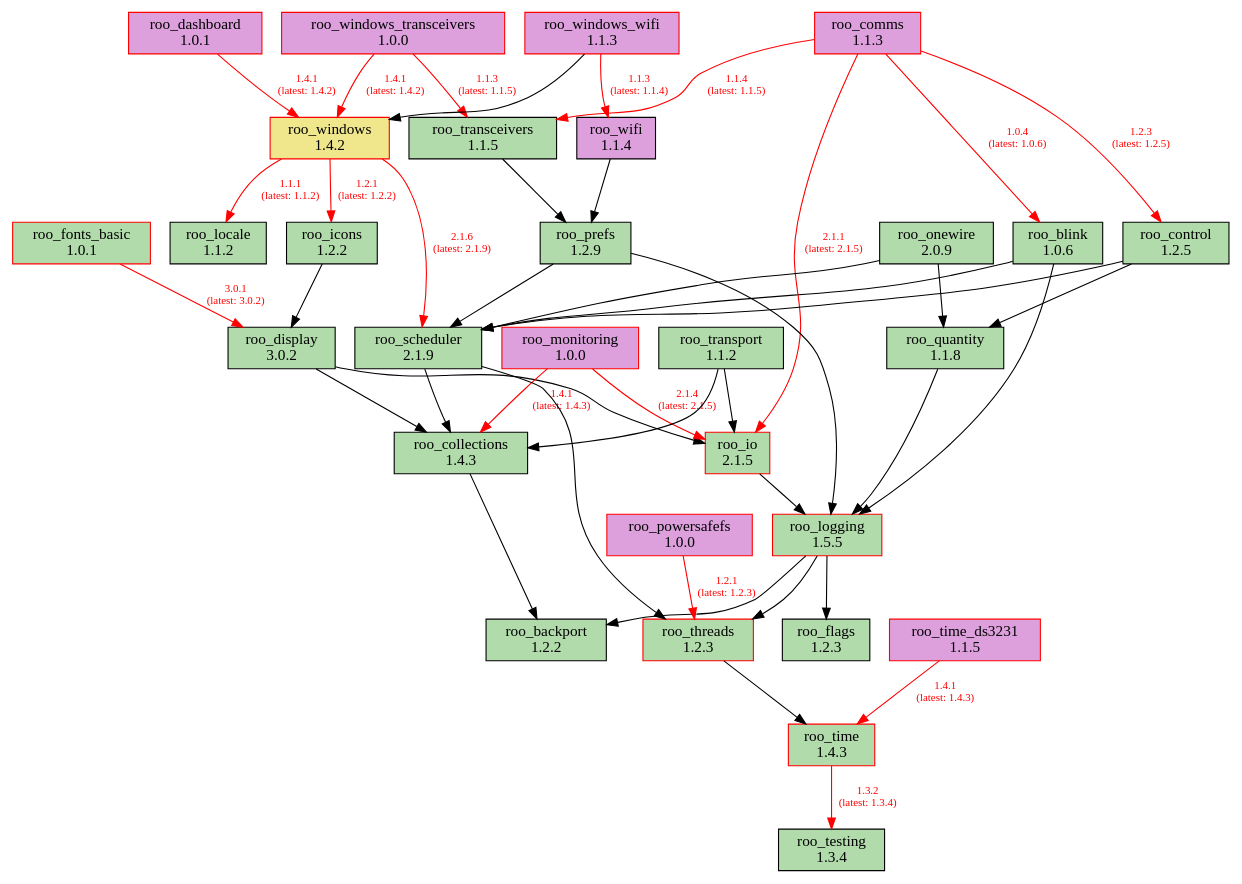
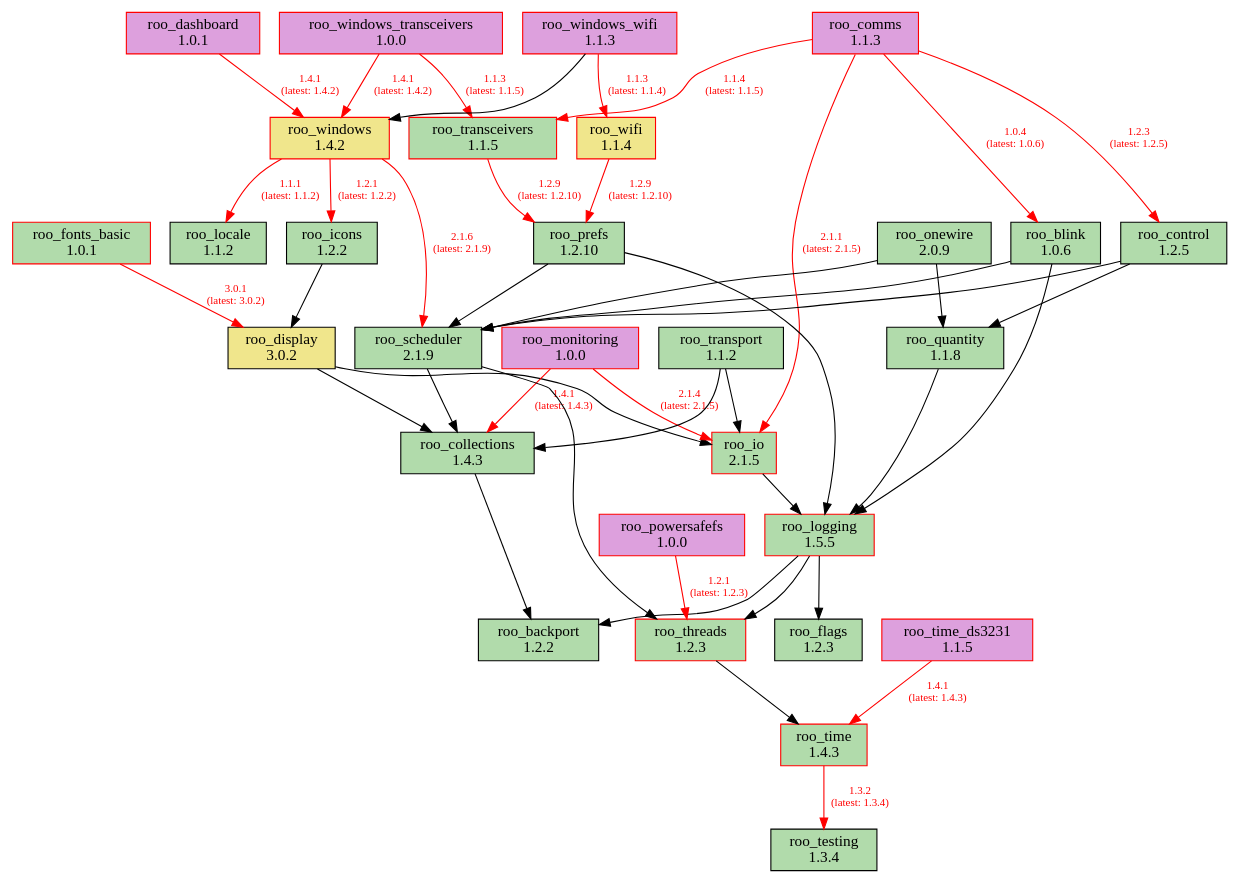
The diagram in doc/dependencies.dot (dejwk/roo-registry), drawn with Graphviz before and after one commit. The commit also changed 3 other files, not shown here.

Commit message:
Added roo_prefs 1.2.10 to the registry.

```diff
--- a/doc/dependencies.dot
+++ b/doc/dependencies.dot
@@ -1,80 +1,80 @@
 digraph dependencies {
     rankdir=TB;
     node [shape=box, style=filled];
     edge [fontsize=10];
 
     // Modules
     "roo_backport" [label="roo_backport\n1.2.2", fillcolor="#b1dbab", color="black"];
     "roo_blink" [label="roo_blink\n1.0.6", fillcolor="#b1dbab", color="black"];
     "roo_collections" [label="roo_collections\n1.4.3", fillcolor="#b1dbab", color="black"];
     "roo_comms" [label="roo_comms\n1.1.3", fillcolor="plum", color="red"];
     "roo_control" [label="roo_control\n1.2.5", fillcolor="#b1dbab", color="black"];
     "roo_dashboard" [label="roo_dashboard\n1.0.1", fillcolor="plum", color="red"];
-    "roo_display" [label="roo_display\n3.0.2", fillcolor="#b1dbab", color="black"];
+    "roo_display" [label="roo_display\n3.0.2", fillcolor="khaki", color="black"];
     "roo_flags" [label="roo_flags\n1.2.3", fillcolor="#b1dbab", color="black"];
     "roo_fonts_basic" [label="roo_fonts_basic\n1.0.1", fillcolor="#b1dbab", color="red"];
     "roo_icons" [label="roo_icons\n1.2.2", fillcolor="#b1dbab", color="black"];
     "roo_io" [label="roo_io\n2.1.5", fillcolor="#b1dbab", color="red"];
     "roo_locale" [label="roo_locale\n1.1.2", fillcolor="#b1dbab", color="black"];
     "roo_logging" [label="roo_logging\n1.5.5", fillcolor="#b1dbab", color="red"];
     "roo_monitoring" [label="roo_monitoring\n1.0.0", fillcolor="plum", color="red"];
     "roo_onewire" [label="roo_onewire\n2.0.9", fillcolor="#b1dbab", color="black"];
     "roo_powersafefs" [label="roo_powersafefs\n1.0.0", fillcolor="plum", color="red"];
-    "roo_prefs" [label="roo_prefs\n1.2.9", fillcolor="#b1dbab", color="black"];
+    "roo_prefs" [label="roo_prefs\n1.2.10", fillcolor="#b1dbab", color="black"];
     "roo_quantity" [label="roo_quantity\n1.1.8", fillcolor="#b1dbab", color="black"];
     "roo_scheduler" [label="roo_scheduler\n2.1.9", fillcolor="#b1dbab", color="black"];
     "roo_testing" [label="roo_testing\n1.3.4", fillcolor="#b1dbab", color="black"];
     "roo_threads" [label="roo_threads\n1.2.3", fillcolor="#b1dbab", color="red"];
     "roo_time" [label="roo_time\n1.4.3", fillcolor="#b1dbab", color="red"];
     "roo_time_ds3231" [label="roo_time_ds3231\n1.1.5", fillcolor="plum", color="red"];
-    "roo_transceivers" [label="roo_transceivers\n1.1.5", fillcolor="#b1dbab", color="black"];
+    "roo_transceivers" [label="roo_transceivers\n1.1.5", fillcolor="#b1dbab", color="red"];
     "roo_transport" [label="roo_transport\n1.1.2", fillcolor="#b1dbab", color="black"];
-    "roo_wifi" [label="roo_wifi\n1.1.4", fillcolor="plum", color="black"];
+    "roo_wifi" [label="roo_wifi\n1.1.4", fillcolor="khaki", color="red"];
     "roo_windows" [label="roo_windows\n1.4.2", fillcolor="khaki", color="red"];
     "roo_windows_transceivers" [label="roo_windows_transceivers\n1.0.0", fillcolor="plum", color="red"];
     "roo_windows_wifi" [label="roo_windows_wifi\n1.1.3", fillcolor="plum", color="red"];
 
     // Dependencies
     "roo_blink" -> "roo_logging";
     "roo_blink" -> "roo_scheduler";
     "roo_collections" -> "roo_backport";
     "roo_comms" -> "roo_blink" [color=red, fontcolor=red, label="1.0.4\n(latest: 1.0.6)"];
     "roo_comms" -> "roo_control" [color=red, fontcolor=red, label="1.2.3\n(latest: 1.2.5)"];
     "roo_comms" -> "roo_io" [color=red, fontcolor=red, label="2.1.1\n(latest: 2.1.5)"];
     "roo_comms" -> "roo_transceivers" [color=red, fontcolor=red, label="1.1.4\n(latest: 1.1.5)"];
     "roo_control" -> "roo_quantity";
     "roo_control" -> "roo_scheduler";
     "roo_dashboard" -> "roo_windows" [color=red, fontcolor=red, label="1.4.1\n(latest: 1.4.2)"];
     "roo_display" -> "roo_collections";
     "roo_display" -> "roo_io";
     "roo_fonts_basic" -> "roo_display" [color=red, fontcolor=red, label="3.0.1\n(latest: 3.0.2)"];
     "roo_icons" -> "roo_display";
     "roo_io" -> "roo_logging";
     "roo_logging" -> "roo_backport";
     "roo_logging" -> "roo_flags";
     "roo_logging" -> "roo_threads";
     "roo_monitoring" -> "roo_collections" [color=red, fontcolor=red, label="1.4.1\n(latest: 1.4.3)"];
     "roo_monitoring" -> "roo_io" [color=red, fontcolor=red, label="2.1.4\n(latest: 2.1.5)"];
     "roo_onewire" -> "roo_scheduler";
     "roo_onewire" -> "roo_quantity";
     "roo_powersafefs" -> "roo_threads" [color=red, fontcolor=red, label="1.2.1\n(latest: 1.2.3)"];
     "roo_prefs" -> "roo_logging";
     "roo_prefs" -> "roo_scheduler";
     "roo_quantity" -> "roo_logging";
     "roo_scheduler" -> "roo_collections";
     "roo_scheduler" -> "roo_threads";
     "roo_threads" -> "roo_time";
     "roo_time" -> "roo_testing" [color=red, fontcolor=red, label="1.3.2\n(latest: 1.3.4)"];
     "roo_time_ds3231" -> "roo_time" [color=red, fontcolor=red, label="1.4.1\n(latest: 1.4.3)"];
-    "roo_transceivers" -> "roo_prefs";
+    "roo_transceivers" -> "roo_prefs" [color=red, fontcolor=red, label="1.2.9\n(latest: 1.2.10)"];
     "roo_transport" -> "roo_collections";
     "roo_transport" -> "roo_io";
-    "roo_wifi" -> "roo_prefs";
+    "roo_wifi" -> "roo_prefs" [color=red, fontcolor=red, label="1.2.9\n(latest: 1.2.10)"];
     "roo_windows" -> "roo_locale" [color=red, fontcolor=red, label="1.1.1\n(latest: 1.1.2)"];
     "roo_windows" -> "roo_icons" [color=red, fontcolor=red, label="1.2.1\n(latest: 1.2.2)"];
     "roo_windows" -> "roo_scheduler" [color=red, fontcolor=red, label="2.1.6\n(latest: 2.1.9)"];
     "roo_windows_transceivers" -> "roo_transceivers" [color=red, fontcolor=red, label="1.1.3\n(latest: 1.1.5)"];
     "roo_windows_transceivers" -> "roo_windows" [color=red, fontcolor=red, label="1.4.1\n(latest: 1.4.2)"];
     "roo_windows_wifi" -> "roo_wifi" [color=red, fontcolor=red, label="1.1.3\n(latest: 1.1.4)"];
     "roo_windows_wifi" -> "roo_windows";
 }
```
